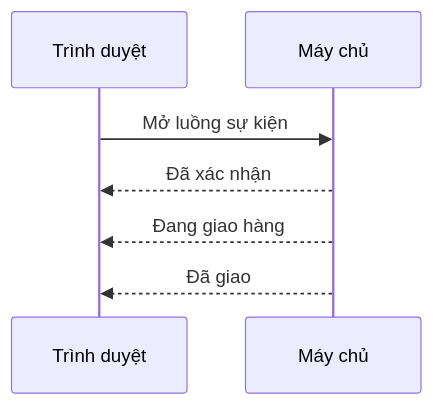
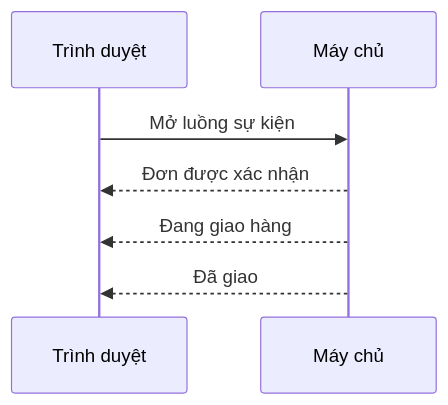
The third of 4 diagrams in brainstorm/system-design-101-vi/visual-prototype.md (vohoailinh90/Agentic-coding-course), drawn with Mermaid before and after one commit. The commit also changed 2 other files, not shown here.

Commit message:
docs: resolve review findings and conclude System Design brainstorm

````diff
--- a/brainstorm/system-design-101-vi/visual-prototype.md
+++ b/brainstorm/system-design-101-vi/visual-prototype.md
@@ -39,9 +39,9 @@
 ```mermaid
 sequenceDiagram
     participant C as Trình duyệt
     participant S as Máy chủ
     C->>S: Mở luồng sự kiện
-    S-->>C: Đã xác nhận
+    S-->>C: Đơn được xác nhận
     S-->>C: Đang giao hàng
     S-->>C: Đã giao
 ```
````
